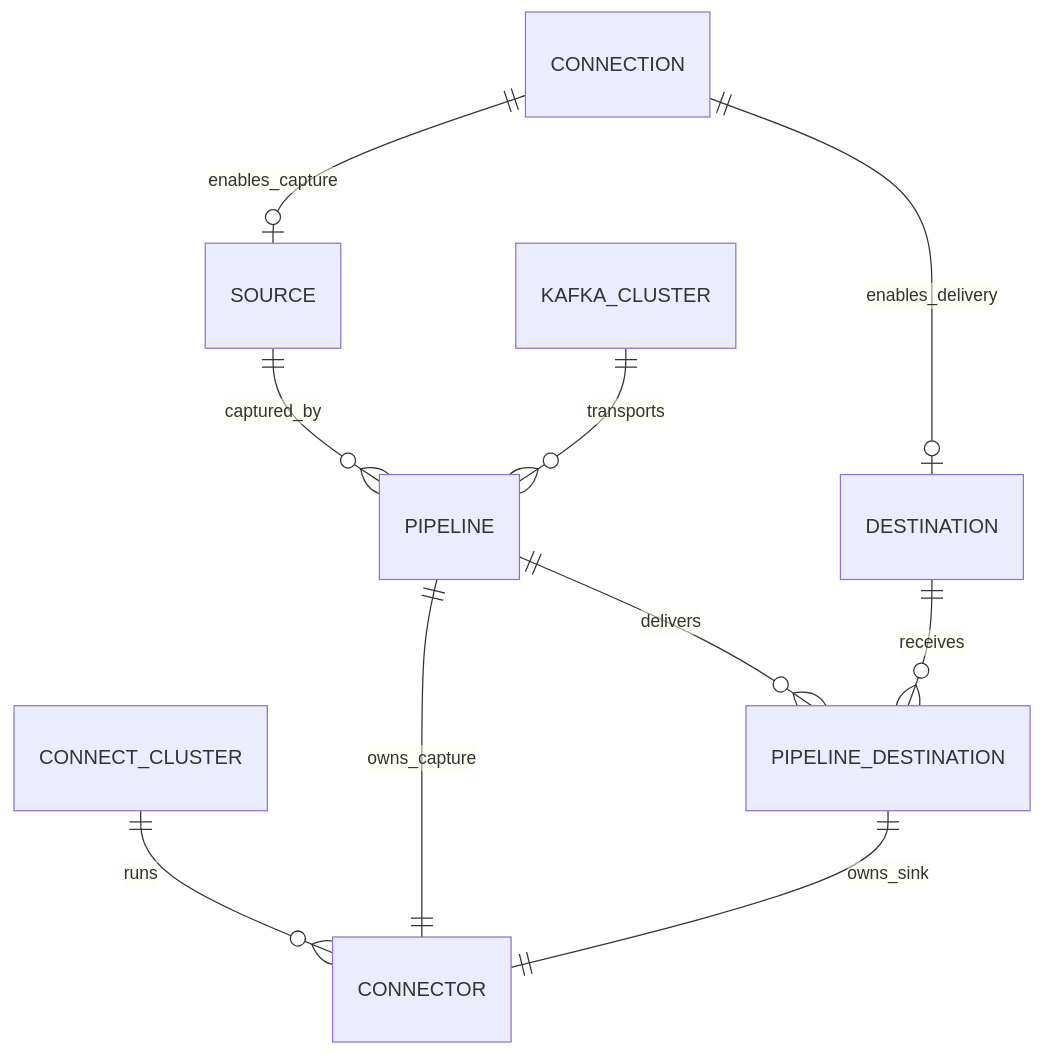
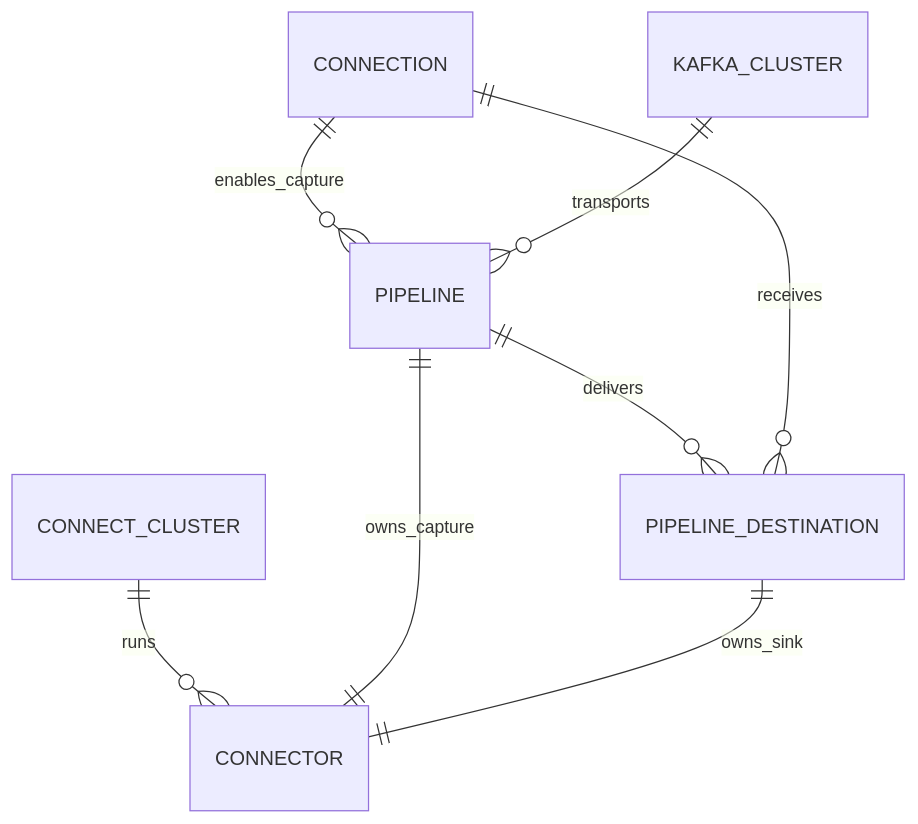
The third of 3 diagrams in docs/architecture/overview.md (cluedata/cluecdc), drawn with Mermaid before and after one commit. The commit also changed other lines of this file and 161 other files, not shown here.

````diff
--- a/docs/architecture/overview.md
+++ b/docs/architecture/overview.md
@@ -78,12 +89,10 @@
 ```mermaid
 erDiagram
-  CONNECTION ||--o| SOURCE : enables_capture
-  CONNECTION ||--o| DESTINATION : enables_delivery
-  SOURCE ||--o{ PIPELINE : captured_by
+  CONNECTION ||--o{ PIPELINE : enables_capture
   KAFKA_CLUSTER ||--o{ PIPELINE : transports
   CONNECT_CLUSTER ||--o{ CONNECTOR : runs
   PIPELINE ||--|| CONNECTOR : owns_capture
   PIPELINE ||--o{ PIPELINE_DESTINATION : delivers
-  DESTINATION ||--o{ PIPELINE_DESTINATION : receives
+  CONNECTION ||--o{ PIPELINE_DESTINATION : receives
   PIPELINE_DESTINATION ||--|| CONNECTOR : owns_sink
 ```
````
